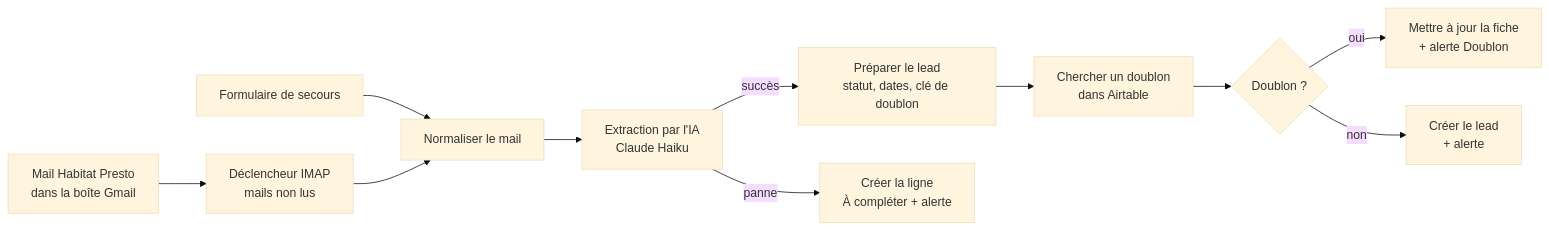
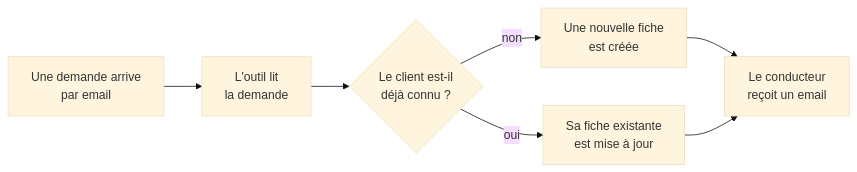
One commit to GomuGomuNo01/monthimmo-cas-pratique changed the diagram in README.md. Above: the diagram before and after it, drawn with Mermaid (base theme). The commit also changed other lines of this file, not shown here.

````diff
--- a/README.md
+++ b/README.md
@@ -74,13 +30,9 @@
 ```mermaid
 flowchart LR
-    A[Mail Habitat Presto<br/>dans la boîte Gmail] --> B[Déclencheur IMAP<br/>mails non lus]
-    F[Formulaire de secours] --> N[Normaliser le mail]
-    B --> N
-    N --> IA[Extraction par l'IA<br/>Claude Haiku]
-    IA -- succès --> P[Préparer le lead<br/>statut, dates, clé de doublon]
-    IA -- panne --> E[Créer la ligne<br/>À compléter + alerte]
-    P --> D[Chercher un doublon<br/>dans Airtable]
-    D --> Q{Doublon ?}
-    Q -- oui --> U[Mettre à jour la fiche<br/>+ alerte Doublon]
-    Q -- non --> C[Créer le lead<br/>+ alerte]
+    A[Une demande arrive<br/>par email] --> B[L'outil lit<br/>la demande]
+    B --> C{Le client est-il<br/>déjà connu ?}
+    C -- non --> D[Une nouvelle fiche<br/>est créée]
+    C -- oui --> E[Sa fiche existante<br/>est mise à jour]
+    D --> F[Le conducteur<br/>reçoit un email]
+    E --> F
 ```
````
